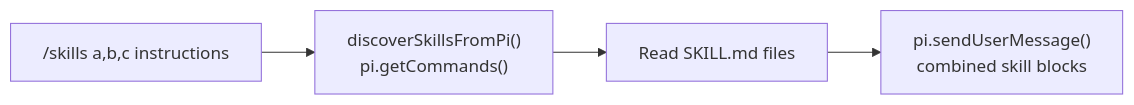
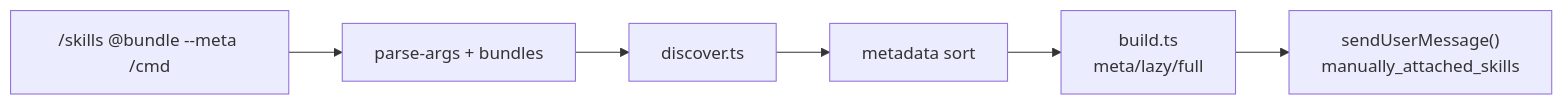
One commit to ZaganJade/pi-extension changed the third of 3 diagrams in README.md. Above: the diagram before and after it, drawn with Mermaid. The commit also changed other lines of this file and 27 other files, not shown here.

Commit message:
feat: pi-usage v1.9.0 & pi-multi-skill v1.3.0 — Pi-chan UI, bundle tracking, and multi-skill workflow

````diff
--- a/README.md
+++ b/README.md
@@ -359,9 +453,11 @@
 ```mermaid
 flowchart LR
-  CMD["/skills a,b,c instructions"]
-  DISC["discoverSkillsFromPi()\npi.getCommands()"]
-  READ["Read SKILL.md files"]
-  SEND["pi.sendUserMessage()\ncombined skill blocks"]
+  CMD["/skills @bundle --meta /cmd"]
+  PARSE["parse-args + bundles"]
+  DISC["discover.ts"]
+  ORDER["metadata sort"]
+  BUILD["build.ts\nmeta/lazy/full"]
+  SEND["sendUserMessage()\nmanually_attached_skills"]
 
-  CMD --> DISC --> READ --> SEND
+  CMD --> PARSE --> DISC --> ORDER --> BUILD --> SEND
 ```
````
